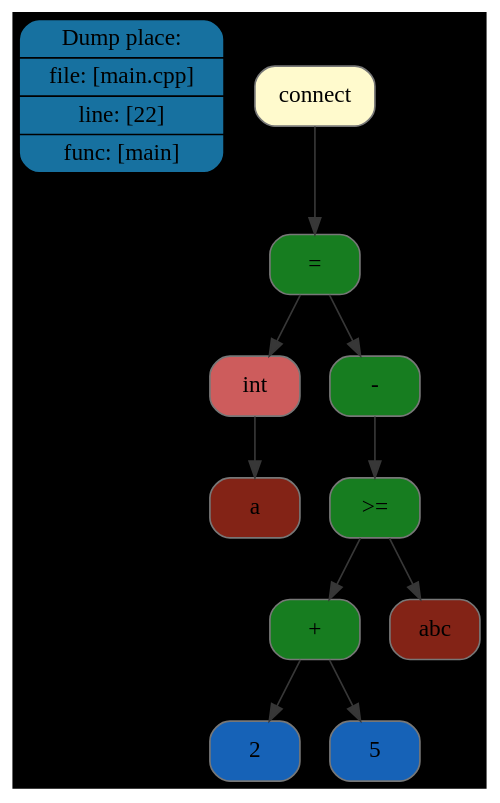
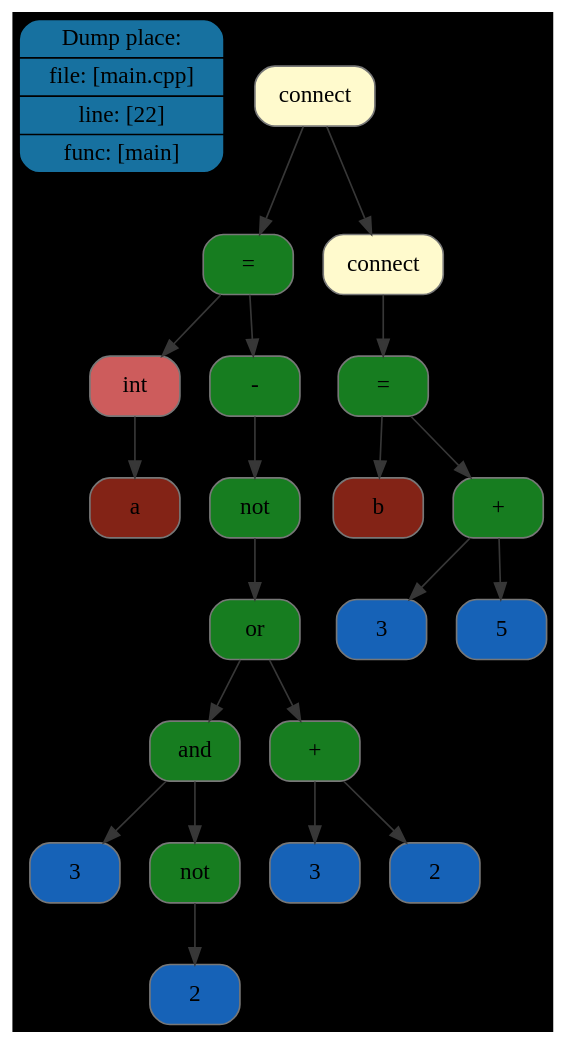
Before and after one commit to Maksim-Sebelev/Language: the diagram in FrontEnd/dot/tree/dot/tree1.dot, drawn with Graphviz. The commit also changed 21 other files, not shown here.

```diff
--- a/FrontEnd/dot/tree/dot/tree1.dot
+++ b/FrontEnd/dot/tree/dot/tree1.dot
@@ -1,25 +1,45 @@
 digraph G{
 rankdir=TB
 graph [bgcolor="#000000"];
 place[shape=Mrecord, style=filled, fillcolor="#1771a0", pos="0,1!",label = " { Dump place: | file: [main.cpp] | line: [22] | func: [main] } "color = "#000000"];
-node0x507000000480[shape=Mrecord, style=filled, fillcolor="#FFFACD"label = "\connect", color = "#777777"];
-node0x507000000410[shape=Mrecord, style=filled, fillcolor="#177d20"label = "\=", color = "#777777"];
-node0x507000000090[shape=Mrecord, style=filled, fillcolor="#CD5C5C"label = "\int", color = "#777777"];
+node0x5070000008e0[shape=Mrecord, style=filled, fillcolor="#FFFACD"label = "connect", color = "#777777"];
+node0x5070000005d0[shape=Mrecord, style=filled, fillcolor="#177d20"label = "\=", color = "#777777"];
+node0x507000000090[shape=Mrecord, style=filled, fillcolor="#CD5C5C"label = "int", color = "#777777"];
 node0x507000000100[shape=Mrecord, style=filled, fillcolor="#832316"label = "a", color = "#777777"];
-node0x5070000003a0[shape=Mrecord, style=filled, fillcolor="#177d20"label = "\-", color = "#777777"];
-node0x507000000330[shape=Mrecord, style=filled, fillcolor="#177d20"label = "\>=", color = "#777777"];
-node0x507000000250[shape=Mrecord, style=filled, fillcolor="#177d20"label = "\+", color = "#777777"];
-node0x507000000170[shape=Mrecord, style=filled, fillcolor="#1662b7"label = "2", color = "#777777"];
-node0x5070000001e0[shape=Mrecord, style=filled, fillcolor="#1662b7"label = "5", color = "#777777"];
-node0x5070000002c0[shape=Mrecord, style=filled, fillcolor="#832316"label = "abc", color = "#777777"];
+node0x507000000560[shape=Mrecord, style=filled, fillcolor="#177d20"label = "\-", color = "#777777"];
+node0x5070000004f0[shape=Mrecord, style=filled, fillcolor="#177d20"label = "not", color = "#777777"];
+node0x507000000480[shape=Mrecord, style=filled, fillcolor="#177d20"label = "or", color = "#777777"];
+node0x5070000002c0[shape=Mrecord, style=filled, fillcolor="#177d20"label = "and", color = "#777777"];
+node0x507000000170[shape=Mrecord, style=filled, fillcolor="#1662b7"label = "3", color = "#777777"];
+node0x507000000250[shape=Mrecord, style=filled, fillcolor="#177d20"label = "not", color = "#777777"];
+node0x5070000001e0[shape=Mrecord, style=filled, fillcolor="#1662b7"label = "2", color = "#777777"];
+node0x507000000410[shape=Mrecord, style=filled, fillcolor="#177d20"label = "\+", color = "#777777"];
+node0x507000000330[shape=Mrecord, style=filled, fillcolor="#1662b7"label = "3", color = "#777777"];
+node0x5070000003a0[shape=Mrecord, style=filled, fillcolor="#1662b7"label = "2", color = "#777777"];
+node0x507000000870[shape=Mrecord, style=filled, fillcolor="#FFFACD"label = "connect", color = "#777777"];
+node0x507000000800[shape=Mrecord, style=filled, fillcolor="#177d20"label = "\=", color = "#777777"];
+node0x507000000640[shape=Mrecord, style=filled, fillcolor="#832316"label = "b", color = "#777777"];
+node0x507000000790[shape=Mrecord, style=filled, fillcolor="#177d20"label = "\+", color = "#777777"];
+node0x5070000006b0[shape=Mrecord, style=filled, fillcolor="#1662b7"label = "3", color = "#777777"];
+node0x507000000720[shape=Mrecord, style=filled, fillcolor="#1662b7"label = "5", color = "#777777"];
 edge[color="#373737"];
+node0x5070000008e0->node0x5070000005d0;
+node0x5070000005d0->node0x507000000090;
+node0x507000000090->node0x507000000100;
+node0x5070000005d0->node0x507000000560;
+node0x507000000560->node0x5070000004f0;
+node0x5070000004f0->node0x507000000480;
+node0x507000000480->node0x5070000002c0;
+node0x5070000002c0->node0x507000000170;
+node0x5070000002c0->node0x507000000250;
+node0x507000000250->node0x5070000001e0;
 node0x507000000480->node0x507000000410;
-node0x507000000410->node0x507000000090;
-node0x507000000090->node0x507000000100;
+node0x507000000410->node0x507000000330;
 node0x507000000410->node0x5070000003a0;
-node0x5070000003a0->node0x507000000330;
-node0x507000000330->node0x507000000250;
-node0x507000000250->node0x507000000170;
-node0x507000000250->node0x5070000001e0;
-node0x507000000330->node0x5070000002c0;
+node0x5070000008e0->node0x507000000870;
+node0x507000000870->node0x507000000800;
+node0x507000000800->node0x507000000640;
+node0x507000000800->node0x507000000790;
+node0x507000000790->node0x5070000006b0;
+node0x507000000790->node0x507000000720;
 }
```
